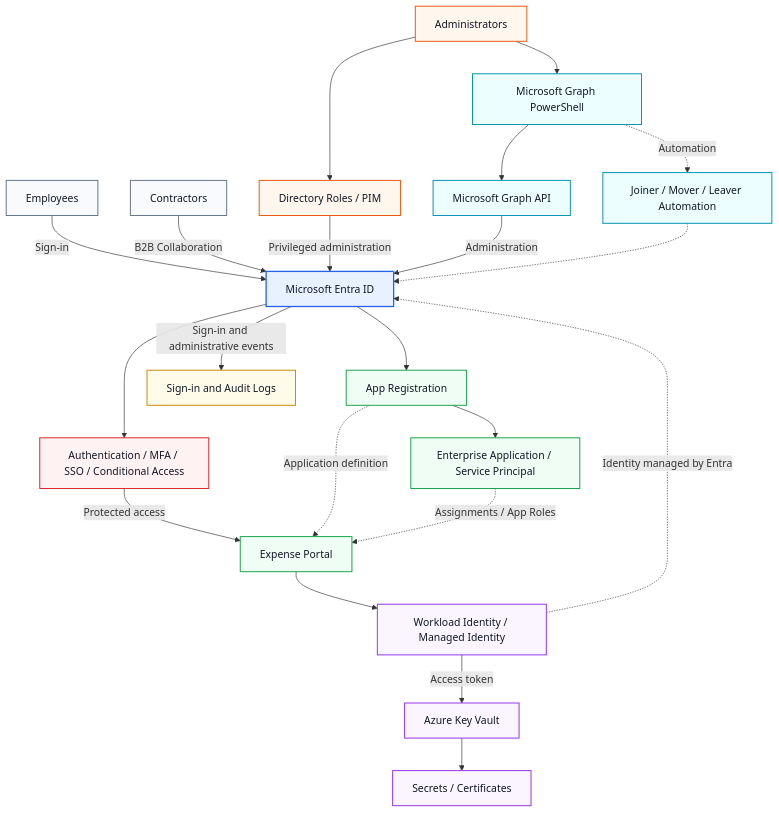
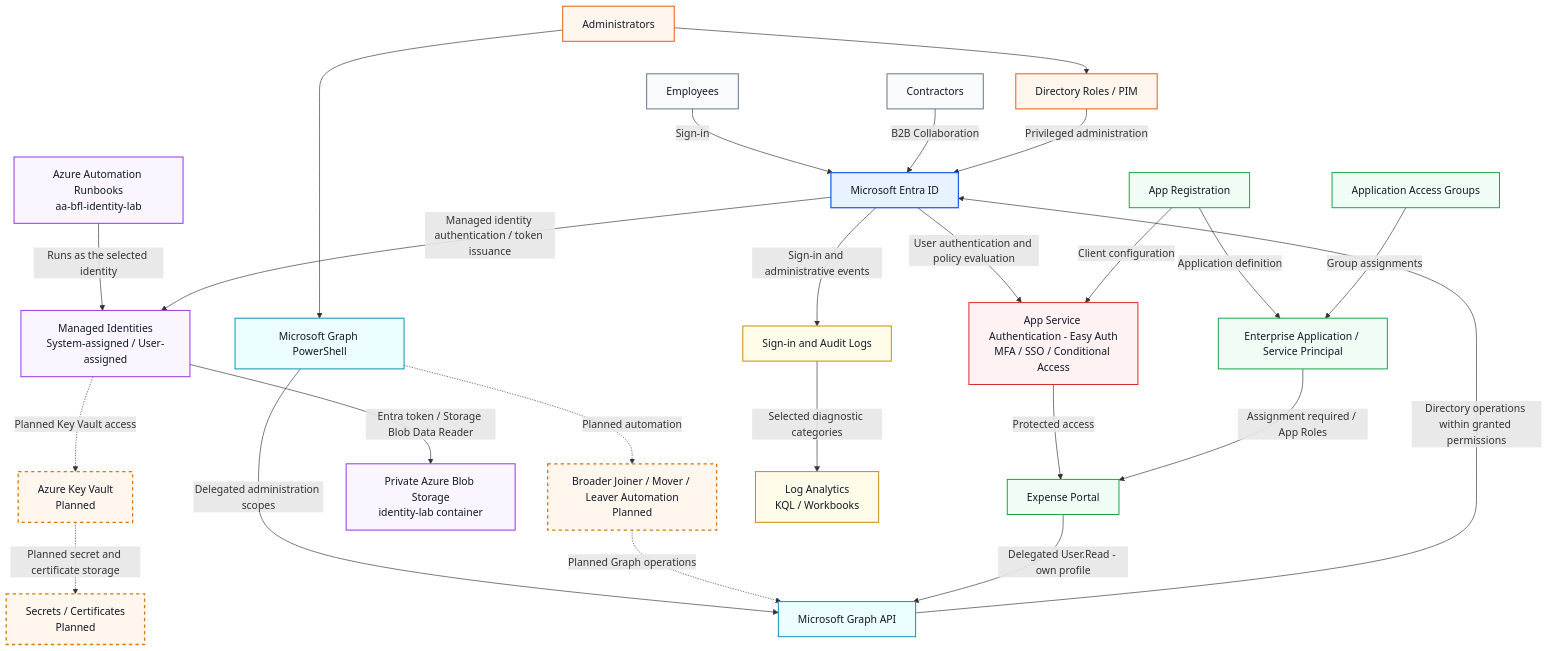
One commit to krzysztof-szot/entra-identity-access-lab changed the diagram in README.md. Above: the diagram before and after it, drawn with Mermaid.

Commit message:
Update README with new automation and identity details

````diff
--- a/README.md
+++ b/README.md
@@ -314,30 +314,34 @@
     PIM["Directory Roles / PIM"]
     PS["Microsoft Graph PowerShell"]
     GRAPH["Microsoft Graph API"]
-    JML["Joiner / Mover / Leaver Automation"]
+    JML["Broader Joiner / Mover / Leaver Automation<br/>Planned"]
 
     %% =========================
     %% APPLICATION ACCESS
     %% =========================
 
-    AUTH["Authentication / MFA / SSO / Conditional Access"]
+    AUTH["App Service Authentication - Easy Auth<br/>MFA / SSO / Conditional Access"]
     APPREG["App Registration"]
     SP["Enterprise Application / Service Principal"]
+    GROUPS["Application Access Groups"]
     PORTAL["Expense Portal"]
 
     %% =========================
     %% WORKLOAD IDENTITY
     %% =========================
 
-    MI["Workload Identity / Managed Identity"]
-    KV["Azure Key Vault"]
-    SECRETS["Secrets / Certificates"]
+    AUTO["Azure Automation Runbooks<br/>aa-bfl-identity-lab"]
+    MI["Managed Identities<br/>System-assigned / User-assigned"]
+    BLOB["Private Azure Blob Storage<br/>identity-lab container"]
+    KV["Azure Key Vault<br/>Planned"]
+    SECRETS["Secrets / Certificates<br/>Planned"]
 
     %% =========================
     %% MONITORING
     %% =========================
 
     LOGS["Sign-in and Audit Logs"]
+    LAW["Log Analytics<br/>KQL / Workbooks"]
 
     %% =========================
     %% USER FLOWS
@@ -354,38 +358,41 @@
     PIM -->|"Privileged administration"| ENTRA
 
     ADM --> PS
-    PS --> GRAPH
-    GRAPH -->|"Administration"| ENTRA
-    PS -.->|"Automation"| JML
-    JML -.-> ENTRA
+    PS -->|"Delegated administration scopes"| GRAPH
+    GRAPH -->|"Directory operations within granted permissions"| ENTRA
+    PS -.->|"Planned automation"| JML
+    JML -.->|"Planned Graph operations"| GRAPH
 
     %% =========================
     %% APPLICATION FLOW
     %% =========================
 
-    ENTRA --> AUTH
+    ENTRA -->|"User authentication and policy evaluation"| AUTH
     AUTH -->|"Protected access"| PORTAL
 
-    ENTRA --> APPREG
-    APPREG --> SP
+    APPREG -->|"Application definition"| SP
+    GROUPS -->|"Group assignments"| SP
 
-    APPREG -.->|"Application definition"| PORTAL
-    SP -.->|"Assignments / App Roles"| PORTAL
+    APPREG -->|"Client configuration"| AUTH
+    SP -->|"Assignment required / App Roles"| PORTAL
+    PORTAL -->|"Delegated User.Read - own profile"| GRAPH
 
     %% =========================
     %% WORKLOAD IDENTITY FLOW
     %% =========================
 
-    PORTAL --> MI
-    MI -.->|"Identity managed by Entra"| ENTRA
-    MI -->|"Access token"| KV
-    KV --> SECRETS
+    AUTO -->|"Runs as the selected identity"| MI
+    ENTRA -->|"Managed identity authentication / token issuance"| MI
+    MI -->|"Entra token / Storage Blob Data Reader"| BLOB
+    MI -.->|"Planned Key Vault access"| KV
+    KV -.->|"Planned secret and certificate storage"| SECRETS
 
     %% =========================
     %% LOGGING
     %% =========================
 
     ENTRA -->|"Sign-in and administrative events"| LOGS
+    LOGS -->|"Selected diagnostic categories"| LAW
 
     %% =========================
     %% STYLES
@@ -399,13 +406,15 @@
     classDef workload fill:#faf5ff,stroke:#9333ea,stroke-width:1.5px,color:#111827;
     classDef monitor fill:#fefce8,stroke:#ca8a04,stroke-width:1.5px,color:#111827;
     classDef automation fill:#ecfeff,stroke:#0891b2,stroke-width:1.5px,color:#111827;
+    classDef planned fill:#fff7ed,stroke:#d97706,stroke-width:2px,stroke-dasharray:5 5,color:#111827;
 
     class ENTRA entra;
     class EMP,CON person;
     class ADM,PIM admin;
     class AUTH security;
-    class APPREG,SP,PORTAL app;
-    class MI,KV,SECRETS workload;
-    class LOGS monitor;
-    class PS,GRAPH,JML automation;
+    class APPREG,SP,GROUPS,PORTAL app;
+    class AUTO,MI,BLOB workload;
+    class LOGS,LAW monitor;
+    class PS,GRAPH automation;
+    class JML,KV,SECRETS planned;
 ```
````
